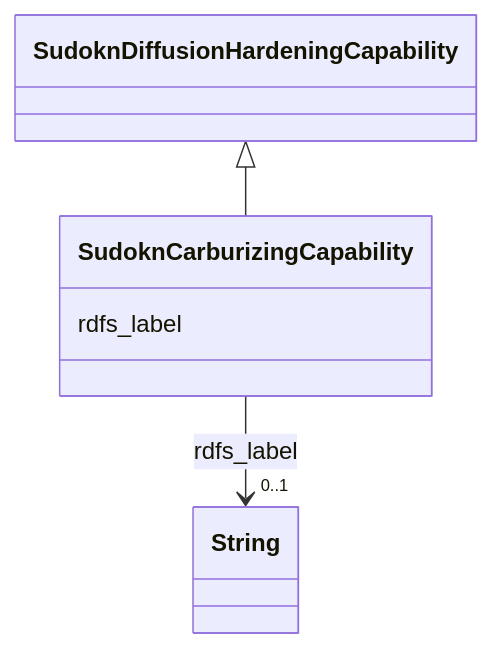
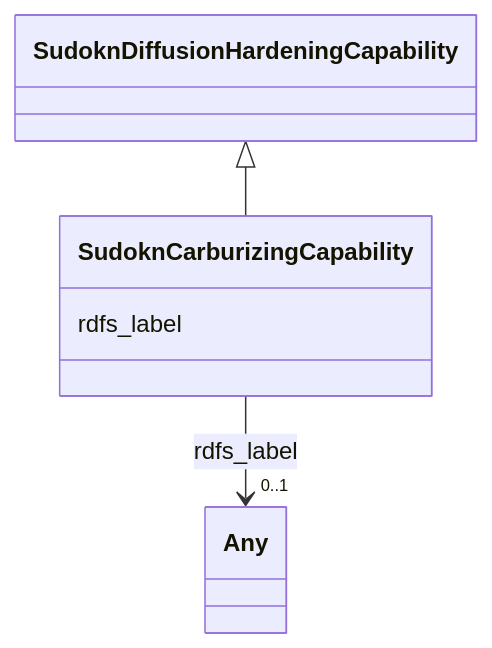
Before and after one commit to frink-okn/graph-descriptions: the diagram in sudokn-kg/classes/SudoknCarburizingCapability.md, drawn with Mermaid. The commit also changed other lines of this file and 903 other files, not shown here.

````diff
--- a/sudokn-kg/classes/SudoknCarburizingCapability.md
+++ b/sudokn-kg/classes/SudoknCarburizingCapability.md
@@ -23,18 +18,18 @@
 ```mermaid
  classDiagram
     class SudoknCarburizingCapability
     click SudoknCarburizingCapability href "../SudoknCarburizingCapability"
       SudoknDiffusionHardeningCapability <|-- SudoknCarburizingCapability
         click SudoknDiffusionHardeningCapability href "../SudoknDiffusionHardeningCapability"
       
       SudoknCarburizingCapability : rdfs_label
         
           
     
     
-    SudoknCarburizingCapability --> "0..1" String : rdfs_label
-    click String href "../String"
+    SudoknCarburizingCapability --> "0..1" Any : rdfs_label
+    click Any href "../Any"
 
         
       
 ```
````
